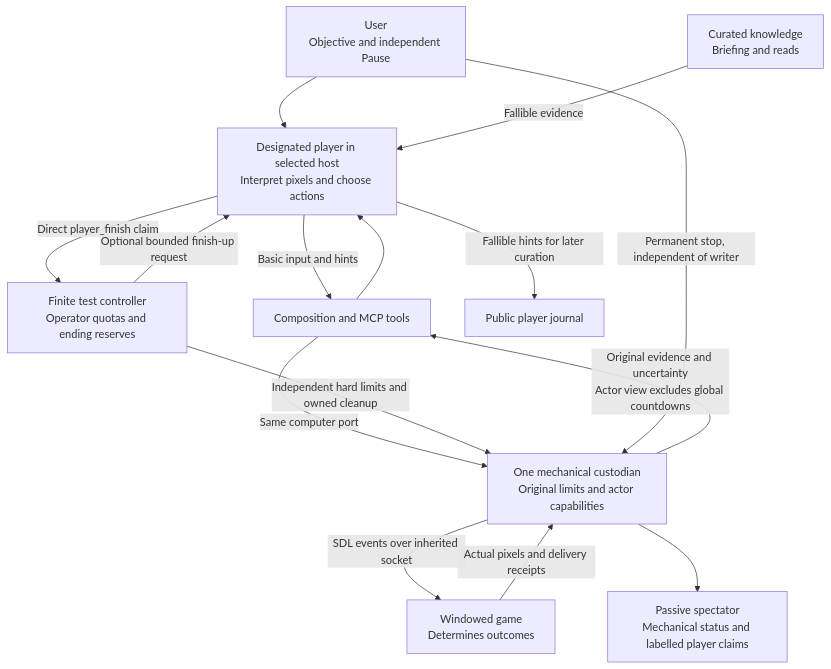
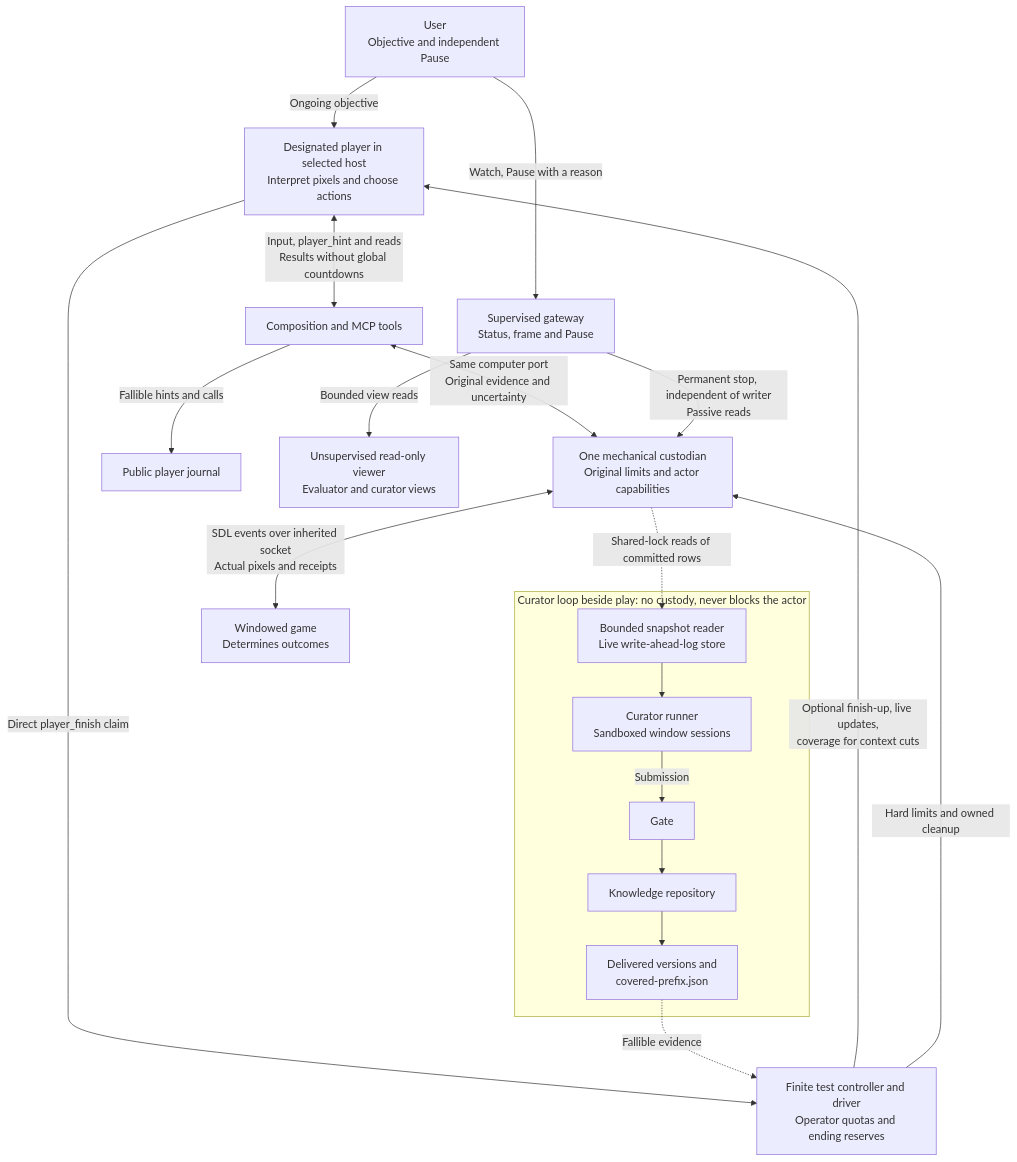
The first of 3 diagrams in docs/architecture.md (CVX-Hull/enactive), drawn with Mermaid before and after one commit. The commit also changed other lines of this file and 19 other files, not shown here.

First line of the commit message:
Sync architecture and overview docs, add Mermaid diagrams, fix drift, and archive finished owner decisions (#903) (#907)

````diff
--- a/docs/architecture.md
+++ b/docs/architecture.md
@@ -16,19 +16,24 @@
 ```mermaid
 flowchart TB
   accTitle: Current player and mechanical computer custody
-  accDescr: Logical responsibilities, not separate required models. The player keeps the user's ongoing objective, interprets images and chooses basic controls. Curated knowledge and player hints are fallible. The finite test controller retains quotas outside player context and can request bounded finish-up. Direct finish reports are claims, not save certificates. Independent user Pause and hard limits stop input without a model reply. The game determines effects and saving; no memory or game claim grants custody.
-  U["User<br/>Objective and independent Pause"] --> P["Designated player in selected host<br/>Interpret pixels and choose actions"]
-  M["Curated knowledge<br/>Briefing and reads"] -->|"Fallible evidence"| P
-  P -->|"Basic input and hints"| A["Composition and MCP tools"]
-  A -->|"Same computer port"| C["One mechanical custodian<br/>Original limits and actor capabilities"]
-  C -->|"SDL events over inherited socket"| G["Windowed game<br/>Determines outcomes"]
-  G -->|"Actual pixels and delivery receipts"| C
-  C -->|"Original evidence and uncertainty<br/>Actor view excludes global countdowns"| A
-  A --> P
-  T["Finite test controller<br/>Operator quotas and ending reserves"] -->|"Optional bounded finish-up request"| P
+  accDescr: Logical responsibilities, not separate required models. The player keeps the user's ongoing objective, interprets images and chooses basic controls. Hints and knowledge reads go through the composition and MCP tools. Beside play the curator reads bounded snapshots, publishes through a gate and leaves delivered versions and covered prefixes, which the driver hands to the host as live updates and cut coverage. Curated knowledge and player hints are fallible. The test controller and driver keep quotas outside player context and can request bounded finish-up. The supervised gateway carries status, frame and Pause, and an unsupervised viewer only reads. User Pause and hard limits stop input without a model reply. The game determines effects, and no knowledge or claim grants custody.
+  U["User<br/>Objective and independent Pause"] -->|"Ongoing objective"| P["Designated player in selected host<br/>Interpret pixels and choose actions"]
+  U -->|"Watch, Pause with a reason"| Y["Supervised gateway<br/>Status, frame and Pause"]
+  T["Finite test controller and driver<br/>Operator quotas and ending reserves"] -->|"Optional finish-up, live updates,<br/>coverage for context cuts"| P
+  T -->|"Hard limits and owned cleanup"| C
+  P <-->|"Input, player_hint and reads<br/>Results without global countdowns"| A["Composition and MCP tools"]
   P -->|"Direct player_finish claim"| T
-  T -->|"Independent hard limits and owned cleanup"| C
-  P -->|"Fallible hints for later curation"| J["Public player journal"]
-  C --> V["Passive spectator<br/>Mechanical status and labelled player claims"]
-  U -->|"Permanent stop, independent of writer"| C
+  A <-->|"Same computer port<br/>Original evidence and uncertainty"| C["One mechanical custodian<br/>Original limits and actor capabilities"]
+  A -->|"Fallible hints and calls"| J["Public player journal"]
+  Y -->|"Permanent stop, independent of writer<br/>Passive reads"| C
+  Y -->|"Bounded view reads"| V["Unsupervised read-only viewer<br/>Evaluator and curator views"]
+  C <-->|"SDL events over inherited socket<br/>Actual pixels and receipts"| G["Windowed game<br/>Determines outcomes"]
+  subgraph L["Curator loop beside play: no custody, never blocks the actor"]
+    S["Bounded snapshot reader<br/>Live write-ahead-log store"] --> R["Curator runner<br/>Sandboxed window sessions"]
+    R -->|"Submission"| Q["Gate"]
+    Q --> K["Knowledge repository"]
+    K --> D["Delivered versions and<br/>covered-prefix.json"]
+  end
+  C -.->|"Shared-lock reads of committed rows"| S
+  D -.->|"Fallible evidence"| T
 ```
````
